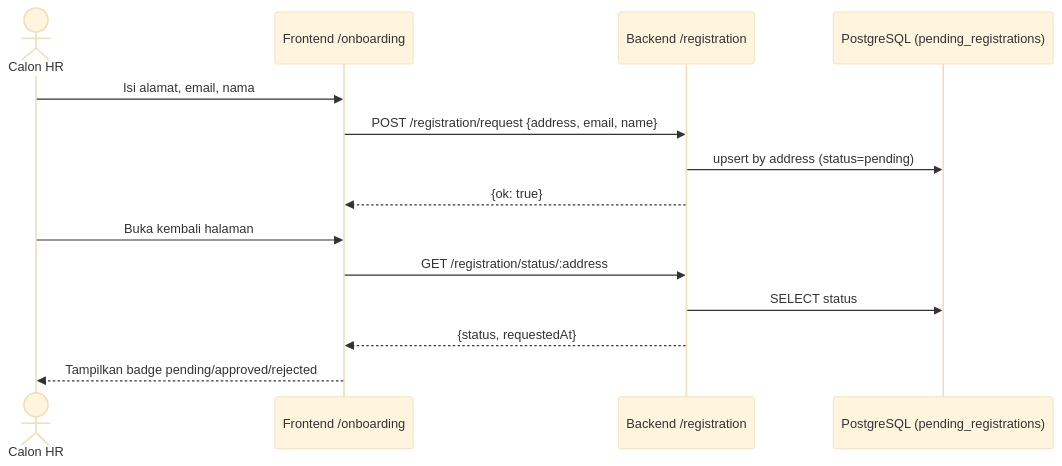
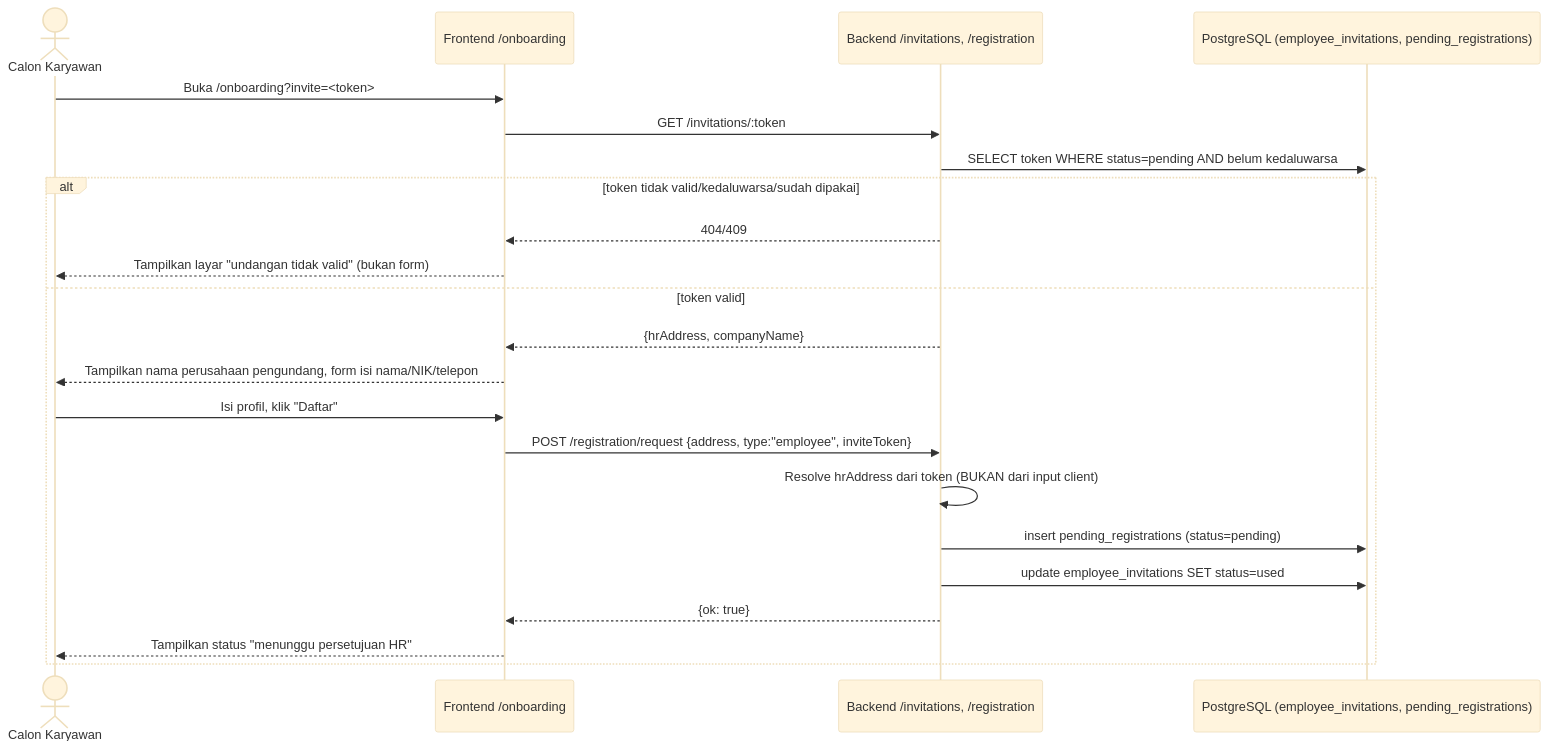
One commit to skripsi-payroll-dapp/docs changed diagram 15 of 46 in docs/DPPL.md. Above: the diagram before and after it, drawn with Mermaid (base theme). The commit also changed other lines of this file and 54 other files, not shown here.

````diff
--- a/docs/DPPL.md
+++ b/docs/DPPL.md
@@ -1919,16 +1919,24 @@
 ```mermaid
 sequenceDiagram
-    actor HR as Calon HR
+    actor EMP as Calon Karyawan
     participant FE as Frontend /onboarding
-    participant BE as Backend /registration
-    participant DB as PostgreSQL (pending_registrations)
-    HR->>FE: Isi alamat, email, nama
-    FE->>BE: POST /registration/request {address, email, name}
-    BE->>DB: upsert by address (status=pending)
-    BE-->>FE: {ok: true}
-    HR->>FE: Buka kembali halaman
-    FE->>BE: GET /registration/status/:address
-    BE->>DB: SELECT status
-    BE-->>FE: {status, requestedAt}
-    FE-->>HR: Tampilkan badge pending/approved/rejected
+    participant BE as Backend /invitations, /registration
+    participant DB as PostgreSQL (employee_invitations, pending_registrations)
+    EMP->>FE: Buka /onboarding?invite=<token>
+    FE->>BE: GET /invitations/:token
+    BE->>DB: SELECT token WHERE status=pending AND belum kedaluwarsa
+    alt token tidak valid/kedaluwarsa/sudah dipakai
+        BE-->>FE: 404/409
+        FE-->>EMP: Tampilkan layar "undangan tidak valid" (bukan form)
+    else token valid
+        BE-->>FE: {hrAddress, companyName}
+        FE-->>EMP: Tampilkan nama perusahaan pengundang, form isi nama/NIK/telepon
+        EMP->>FE: Isi profil, klik "Daftar"
+        FE->>BE: POST /registration/request {address, type:"employee", inviteToken}
+        BE->>BE: Resolve hrAddress dari token (BUKAN dari input client)
+        BE->>DB: insert pending_registrations (status=pending)
+        BE->>DB: update employee_invitations SET status=used
+        BE-->>FE: {ok: true}
+        FE-->>EMP: Tampilkan status "menunggu persetujuan HR"
+    end
 ```
````
